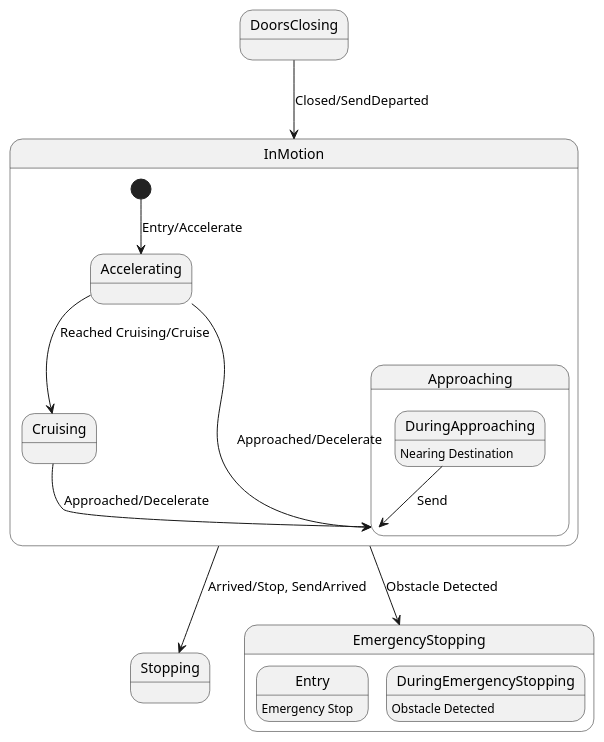
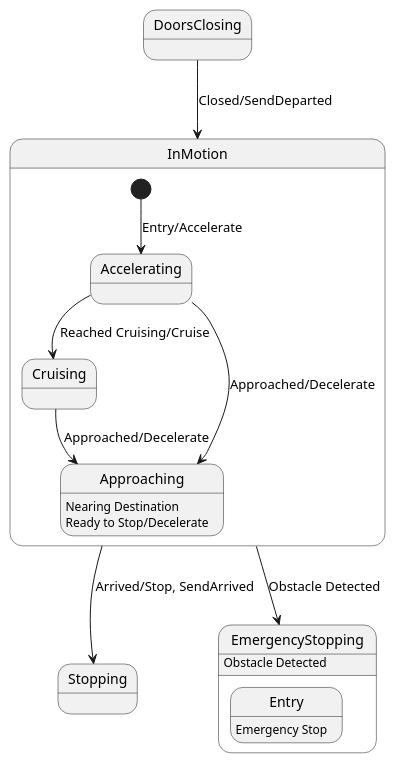
Before and after one commit to HansBug/research_ideas: the diagram in project_1_llm_state_machine_modeling/paper_stm_repair/pipeline/representation/reports/llms_emp_r45_java_60/pairs/0014/README.md, drawn with PlantUML. The commit also changed other lines of this file and 622 other files, not shown here.

First line of the commit message:
fix(paper1): 切换Phase-II最终池并重建PlantUML转换证据

````diff
--- a/project_1_llm_state_machine_modeling/paper_stm_repair/pipeline/representation/reports/llms_emp_r45_java_60/pairs/0014/README.md
+++ b/project_1_llm_state_machine_modeling/paper_stm_repair/pipeline/representation/reports/llms_emp_r45_java_60/pairs/0014/README.md
@@ -34,29 +83,30 @@
 ```plantuml
 @startuml
+state DoorsClosing
 
 DoorsClosing --> InMotion: Closed/SendDeparted
 
 state InMotion {
 [*] --> Accelerating : Entry/Accelerate
 Accelerating --> Cruising : Reached Cruising/Cruise
 Accelerating --> Approaching : Approached/Decelerate
 Cruising --> Approaching : Approached/Decelerate
 
 state Accelerating
 state Cruising
 state Approaching {
-DuringApproaching: Nearing Destination
-DuringApproaching --> Approaching: Send
+Approaching: Nearing Destination
+Approaching: Ready to Stop/Decelerate
 }
 }
 
 InMotion --> Stopping: Arrived/Stop, SendArrived
 InMotion --> EmergencyStopping: Obstacle Detected
 
 state Stopping
 state EmergencyStopping {
 Entry: Emergency Stop
-DuringEmergencyStopping: Obstacle Detected
+EmergencyStopping: Obstacle Detected
 }
 @enduml
 ```
````
